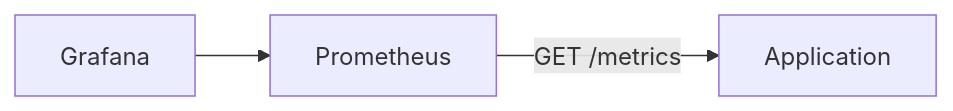
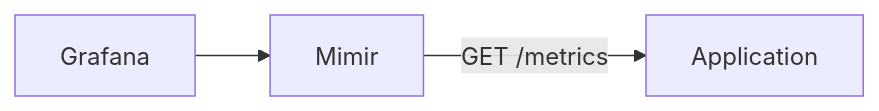
Before and after one commit to nais/doc: the second of 5 diagrams in docs/observability/README.md, drawn with Mermaid. The commit also changed other lines of this file and 5 other files, not shown here.

First line of the commit message:
docs: replace Prometheus UI references with Grafana Explore

````diff
--- a/docs/observability/README.md
+++ b/docs/observability/README.md
@@ -65,5 +66,5 @@
 ```mermaid
 graph LR
-  Grafana --> Prometheus
-  Prometheus --GET /metrics--> Application
+  Grafana --> Mimir
+  Mimir --GET /metrics--> Application
 ```
````
